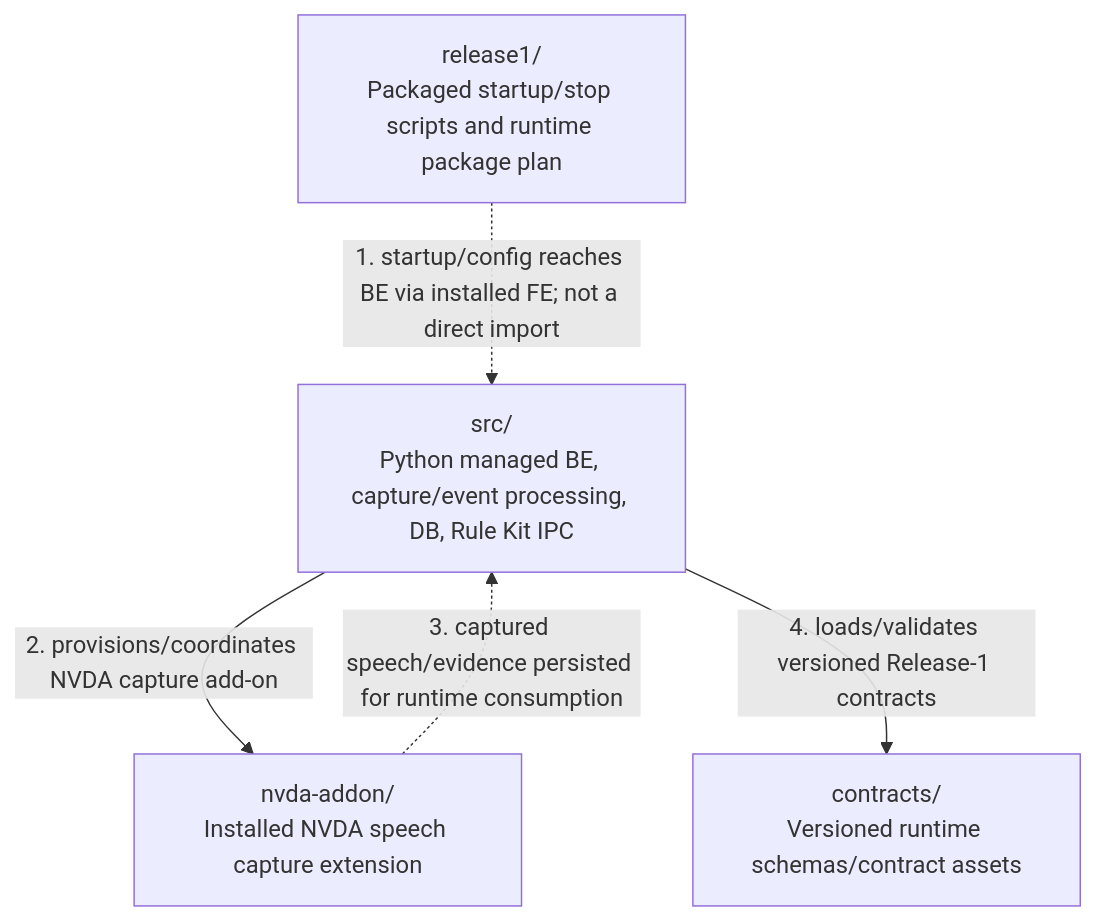
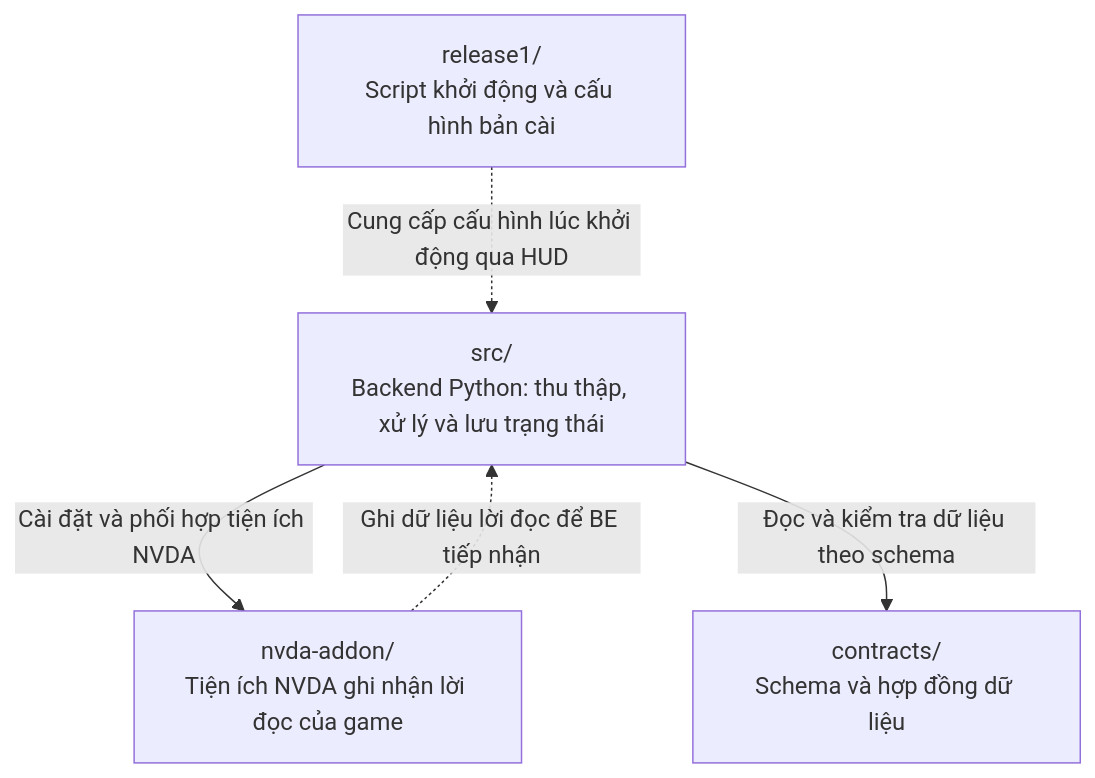
Before and after one commit to Synclab-VN-dev/StreamOps: the diagram in utility/d4planner/d4planner-be/architecture.md, drawn with Mermaid. The commit also changed other lines of this file, not shown here.

Commit message:
docs(d4planner): chỉ giữ sơ đồ Mermaid tiếng Việt

````diff
--- a/utility/d4planner/d4planner-be/architecture.md
+++ b/utility/d4planner/d4planner-be/architecture.md
@@ -7,12 +1,12 @@
 ```mermaid
 flowchart TD
-    SRC["src/<br/>Python managed BE, capture/event processing, DB, Rule Kit IPC"]
-    NVDA["nvda-addon/<br/>Installed NVDA speech capture extension"]
-    C["contracts/<br/>Versioned runtime schemas/contract assets"]
-    REL["release1/<br/>Packaged startup/stop scripts and runtime package plan"]
+    CORE["src/<br/>Backend Python: thu thập, xử lý và lưu trạng thái"]
+    NVDA["nvda-addon/<br/>Tiện ích NVDA ghi nhận lời đọc của game"]
+    CONTRACTS["contracts/<br/>Schema và hợp đồng dữ liệu"]
+    RELEASE["release1/<br/>Script khởi động và cấu hình bản cài"]
 
-    REL -.->|"1. startup/config reaches BE via installed FE; not a direct import"| SRC
-    SRC -->|"2. provisions/coordinates NVDA capture add-on"| NVDA
-    NVDA -.->|"3. captured speech/evidence persisted for runtime consumption"| SRC
-    SRC -->|"4. loads/validates versioned Release-1 contracts"| C
+    CORE -->|"Cài đặt và phối hợp tiện ích NVDA"| NVDA
+    NVDA -.->|"Ghi dữ liệu lời đọc để BE tiếp nhận"| CORE
+    CORE -->|"Đọc và kiểm tra dữ liệu theo schema"| CONTRACTS
+    RELEASE -.->|"Cung cấp cấu hình lúc khởi động qua HUD"| CORE
 ```
````
